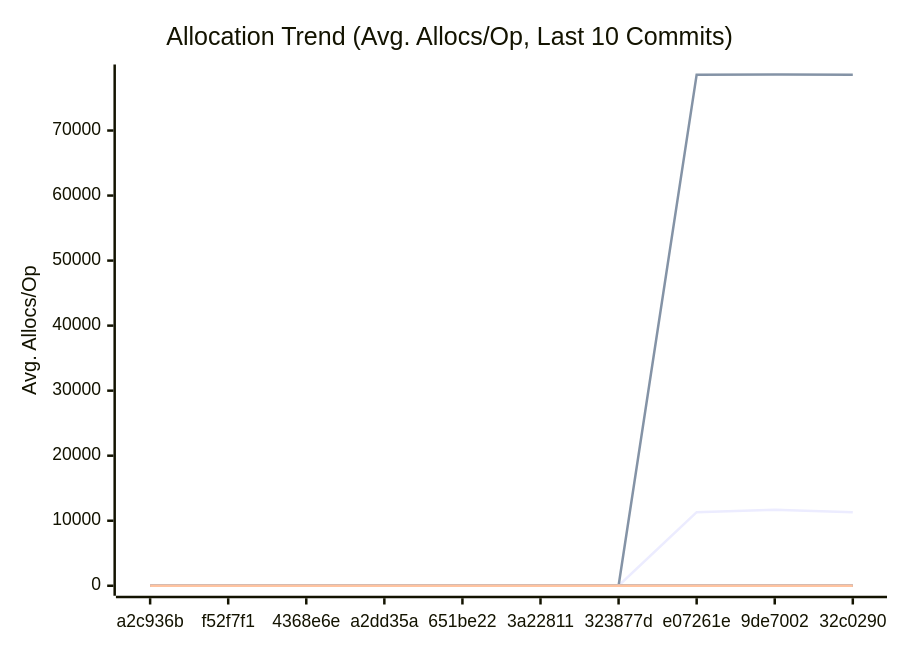
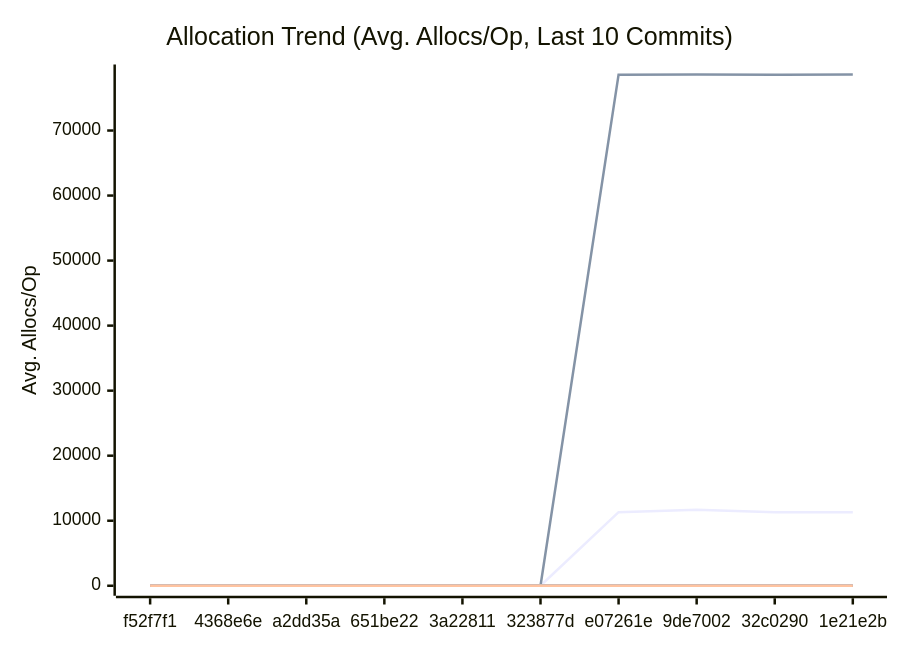
Before and after one commit to alsotoes/momo: the third of 3 diagrams in docs/PERFORMANCE.md, drawn with Mermaid. The commit also changed other lines of this file and 11 other files, not shown here.

````diff
--- a/docs/PERFORMANCE.md
+++ b/docs/PERFORMANCE.md
@@ -197,20 +197,20 @@
 ```mermaid
 xychart-beta
     title "Allocation Trend (Avg. Allocs/Op, Last 10 Commits)"
     x-axis "Commit"
     y-axis "Avg. Allocs/Op"
-    x-axis [a2c936b,f52f7f1,4368e6e,a2dd35a,651be22,3a22811,323877d,e07261e,9de7002,32c0290]
-    line "AWSChunkedReaderSigned" [0,0,0,0,0,0,0,11316,11705,11290]
-    line "AWSChunkedReaderUnsigned" [0,0,0,0,0,0,0,78590,78616,78594]
+    x-axis [f52f7f1,4368e6e,a2dd35a,651be22,3a22811,323877d,e07261e,9de7002,32c0290,1e21e2b]
+    line "AWSChunkedReaderSigned" [0,0,0,0,0,0,11316,11705,11290,11320]
+    line "AWSChunkedReaderUnsigned" [0,0,0,0,0,0,78590,78616,78594,78612]
     line "CheckMetricsAndSwap" [0,0,0,0,0,0,0,0,0,0]
     line "CrushOptimized" [0,0,0,0,0,0,0,0,0,0]
     line "CrushOriginal" [3,3,3,3,3,3,3,3,3,3]
     line "IndexDirectTracking" [0,0,0,0,0,0,0,0,0,0]
     line "IndexSearch" [0,0,0,0,0,0,0,0,0,0]
     line "LoadGlobalConfig" [46,46,46,46,46,46,46,46,46,46]
     line "PadString" [1,1,1,1,1,1,1,1,1,1]
     line "ParseReplicationOrder_NoPrealloc" [6,6,6,6,6,5,5,5,5,5]
     line "ParseReplicationOrder_Prealloc" [2,2,2,2,2,1,1,1,1,1]
     line "SanitizeLog/Safe" [0,0,0,0,0,0,0,0,0,0]
     line "SanitizeLog/Unsafe" [1,1,1,1,1,1,1,1,1,1]
 ```
````
